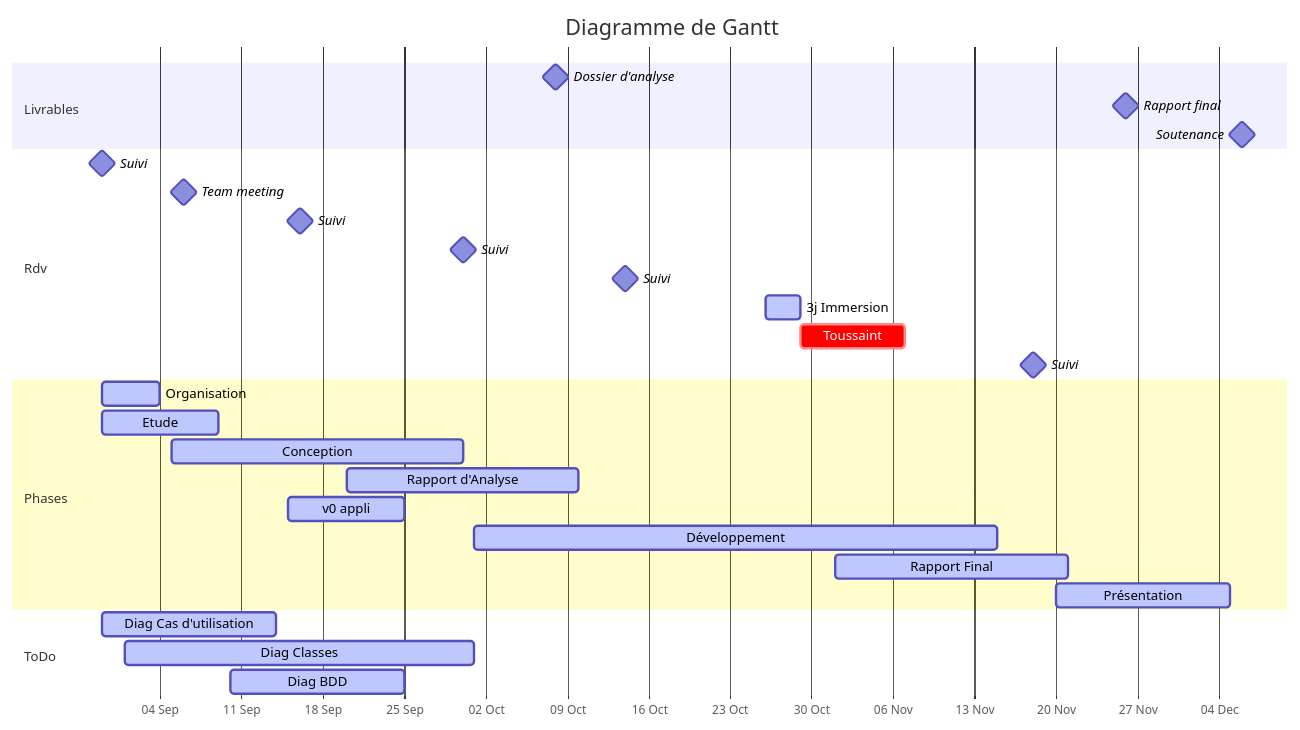
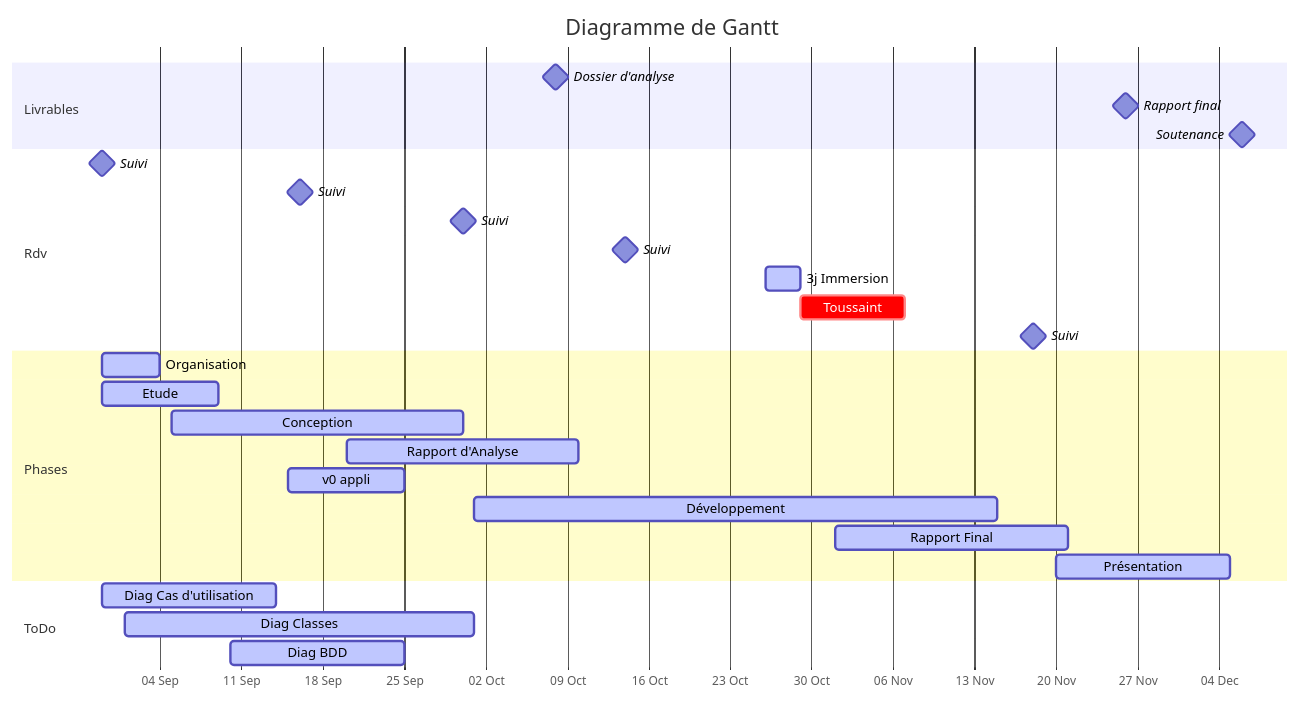
The diagram in doc/suivi.md (ludo2ne/projet-info-2A), drawn with Mermaid before and after one commit. The commit also changed other lines of this file and 2 other files, not shown here.

````diff
--- a/doc/suivi.md
+++ b/doc/suivi.md
@@ -25,43 +26,42 @@
 ```mermaid
 gantt
     %% Faites bien attention a la syntaxe sinon ca va planter !
     %% doc : https://mermaid-js.github.io/mermaid/#/./gantt
     dateFormat  YYYY-MM-DD
     axisFormat  %d %b
     %% todayMarker off
     title       Diagramme de Gantt
     %% excludes  YYYY-MM-DD and/or sunday and/or weekends 
 
     section Livrables
     %% Voeux                        :milestone, 2022-08-28, 0d
     Dossier d'analyse            :milestone, 2022-10-08, 0d
     Rapport final                :milestone, 2022-11-26, 0d
     Soutenance                   :milestone, 2022-12-06, 0d
     
     section Rdv
     Suivi                        :milestone, 2022-08-30, 0d
-    Team meeting                 :milestone, 2022-09-06, 0d
     Suivi                        :milestone, 2022-09-16, 0d
     Suivi                        :milestone, 2022-09-30, 0d
     Suivi                        :milestone, 2022-10-14, 0d
     3j Immersion                 :active,    2022-10-26, 3d
     Toussaint                    :crit,      2022-10-29, 9d
     Suivi                        :milestone, 2022-11-18, 0d
 
     section Phases
     Organisation                 :active,      2022-08-30, 5d
     Etude                        :active,      2022-08-30, 10d
     Conception                   :active,      2022-09-05, 25d
     Rapport d'Analyse            :active,      2022-09-20, 20d
     v0 appli                     :active,      2022-09-15, 10d
     Développement                :active,      2022-10-01, 45d
     Rapport Final                :active,      2022-11-01, 20d
     Présentation                 :active,      2022-11-20, 15d
     
     
     section ToDo
     Diag Cas d'utilisation       :active,      2022-08-30, 15d
     Diag Classes                 :active,      2022-09-01, 30d
     Diag BDD                     :active,      2022-09-10, 15d
     %%Stats univariées retraités   :done,         2021-11-28, 3d
 ```
````
